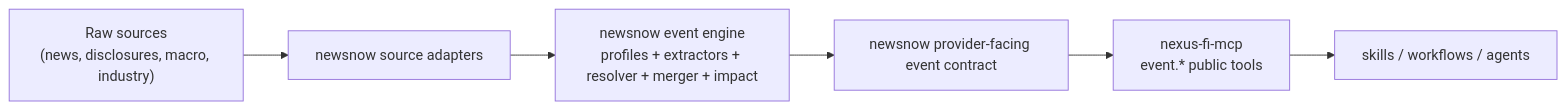
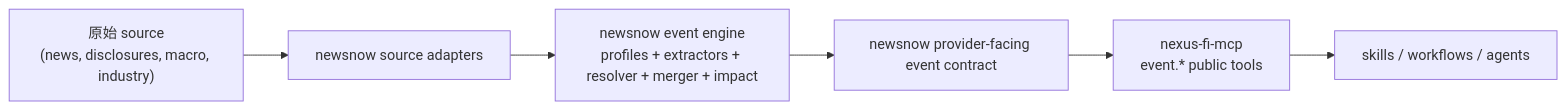
One commit to CNZSMJ/newsnow changed the diagram in docs/investment-event-agent-interface-plan.md. Above: the diagram before and after it, drawn with Mermaid. The commit also changed other lines of this file and 15 other files, not shown here.

````diff
--- a/docs/investment-event-agent-interface-plan.md
+++ b/docs/investment-event-agent-interface-plan.md
@@ -63,8 +57,8 @@
 ```mermaid
 flowchart LR
-  A["Raw sources\n(news, disclosures, macro, industry)"] --> B["newsnow source adapters"]
+  A["原始 source\n(news, disclosures, macro, industry)"] --> B["newsnow source adapters"]
   B --> C["newsnow event engine\nprofiles + extractors + resolver + merger + impact"]
   C --> D["newsnow provider-facing event contract"]
   D --> E["nexus-fi-mcp\nevent.* public tools"]
   E --> F["skills / workflows / agents"]
 ```
````
